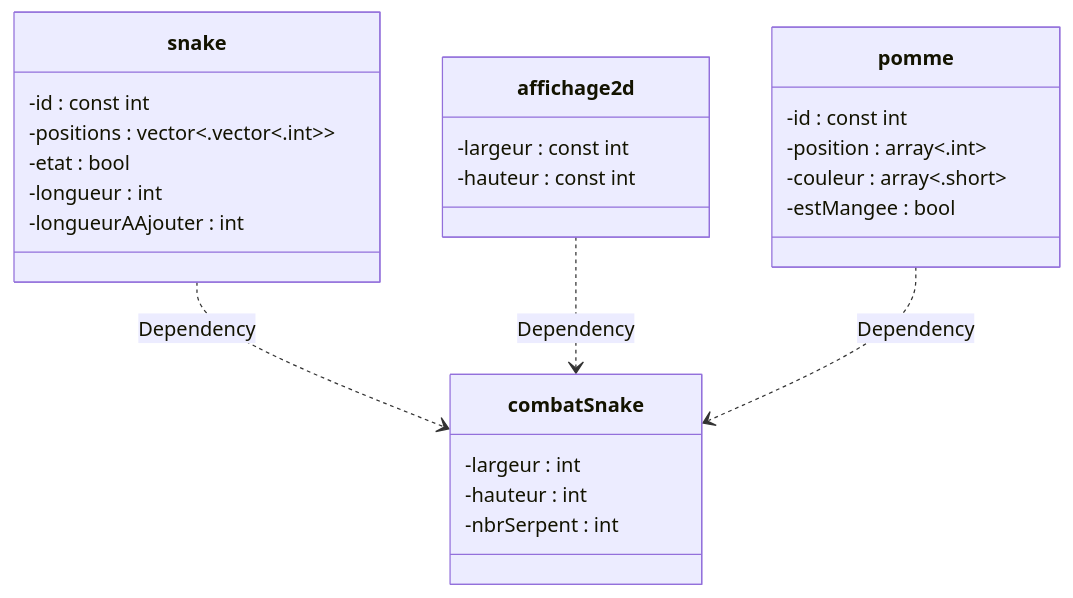
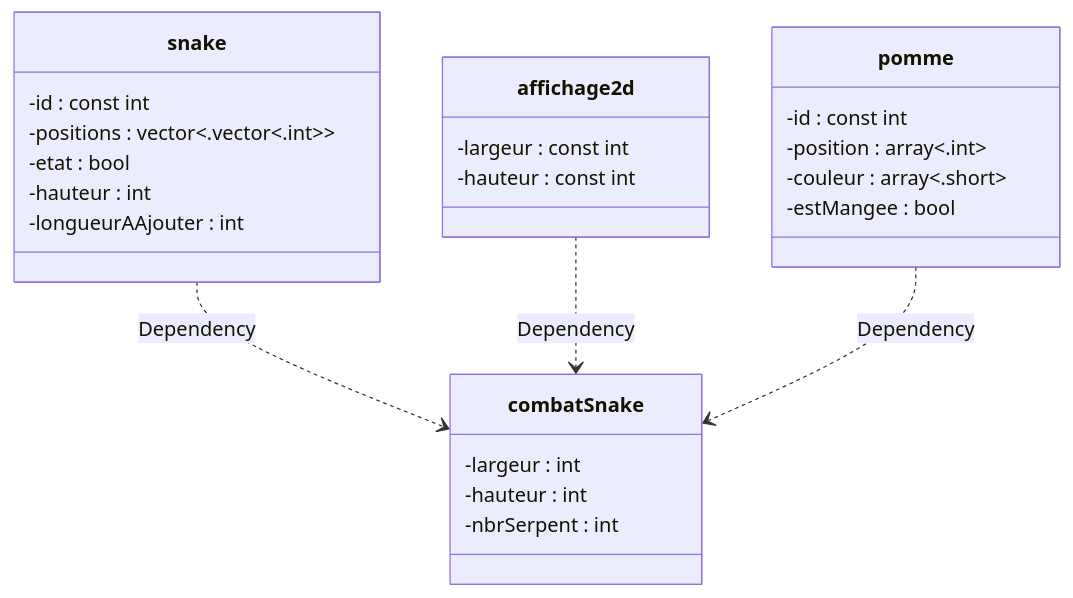
The second of 2 diagrams in README.md (Balkghar/08_Snake), drawn with Mermaid before and after one commit. The commit also changed other lines of this file and 12 other files, not shown here.

````diff
--- a/README.md
+++ b/README.md
@@ -42,29 +42,29 @@
 ```mermaid
 classDiagram
     snake ..> combatSnake : Dependency
     affichage2d ..> combatSnake : Dependency
     pomme ..> combatSnake : Dependency
     
     class combatSnake{
     	-largeur : int
     	-hauteur : int
     	-nbrSerpent : int
 	}
 	class snake{
 		-id : const int
 		-positions : vector<.vector<.int>>
 		-etat : bool
-		-longueur : int
+		-hauteur : int
 		-longueurAAjouter : int
 	}
 	class affichage2d{
 		-largeur  : const int
 		-hauteur : const int
 	}
 	class pomme{
 		-id : const int
 		-position : array<.int>
 		-couleur : array<.short>
 		-estMangee : bool
 	}
 ```
````
